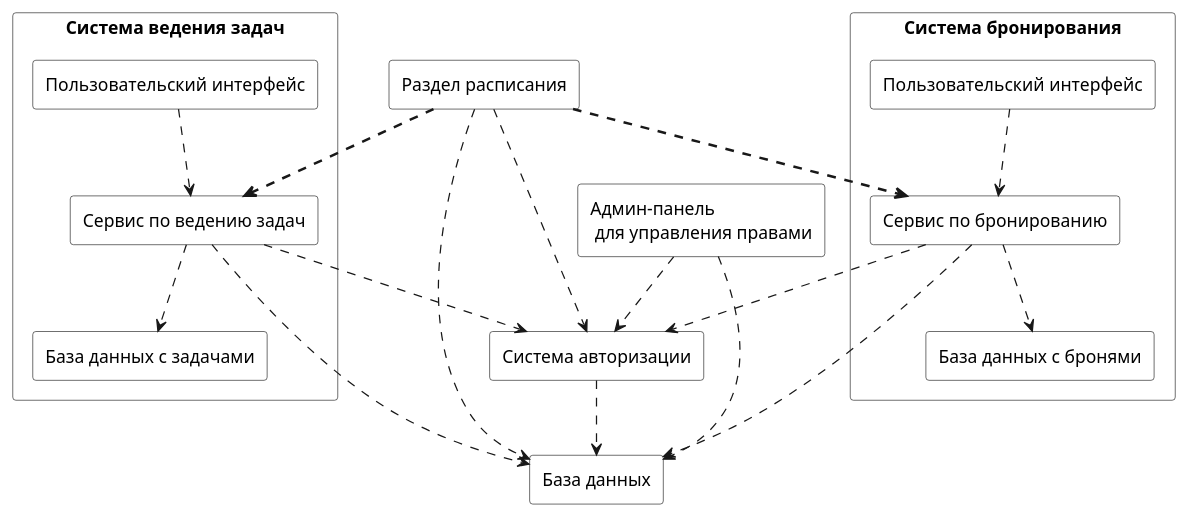
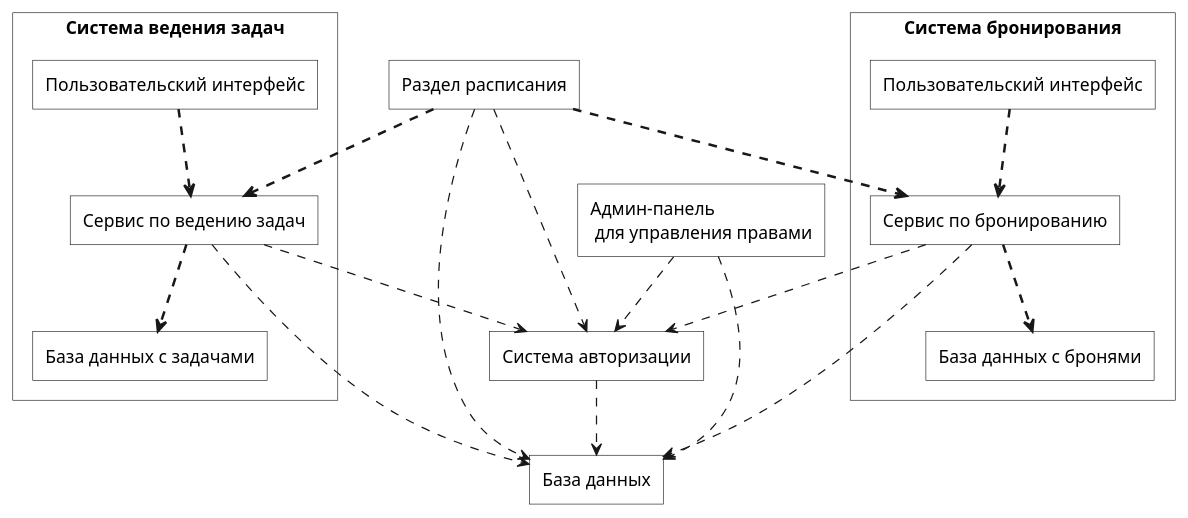
One commit to DeadlySquad13/t5-1-ObjectOrientedArchitecturing__Labs changed the diagram in Lab2/Packages.puml. Above: the diagram before and after it, drawn with PlantUML. The commit also changed 4 other files, not shown here.

```diff
--- a/Lab2/Packages.puml
+++ b/Lab2/Packages.puml
@@ -1,50 +1,51 @@
 @startuml
 '   Used rectangle because package doesn't quite fix style requirements (it
 ' misses empty ear on the top left, above the element).
 <style>
 rectangle {
     BackGroundColor white
     LineThickness 0.5
+    RoundCorner 0
 }
 </style>
 
 rectangle "База данных" as Database
 
 rectangle "Система авторизации" as A
 
 rectangle "Админ-панель\n для управления правами" as AdminPanel
 
 rectangle "Раздел расписания" as ScheduleSection
 
 rectangle "Система ведения задач" as Tasks {
     rectangle "Пользовательский интерфейс" as TasksSection
     rectangle "Сервис по ведению задач" as TasksService
     rectangle "База данных с задачами" as TasksDB
 
-    TasksSection ..> TasksService
-    TasksService ..> TasksDB
+    TasksSection .[thickness=2].> TasksService
+    TasksService .[thickness=2].> TasksDB
 }
 
 rectangle "Система бронирования" as Reservations {
     rectangle "Пользовательский интерфейс" as ReservationsSection
     rectangle "Сервис по бронированию" as ReservationsService
     rectangle "База данных с бронями" as ReservationsDB
 
-    ReservationsSection ..> ReservationsService
-    ReservationsService ..> ReservationsDB
+    ReservationsSection .[thickness=2].> ReservationsService
+    ReservationsService .[thickness=2].> ReservationsDB
 }
 
 ScheduleSection .[thickness=2].> TasksService
 ScheduleSection .[thickness=2].> ReservationsService
 
 A ..> Database
 AdminPanel ..> Database
 ScheduleSection ..> Database
 TasksService ..> Database
 ReservationsService ..> Database
 
 AdminPanel ..> A
 ScheduleSection ..> A
 TasksService ..> A
 ReservationsService ..> A
 @enduml
```
